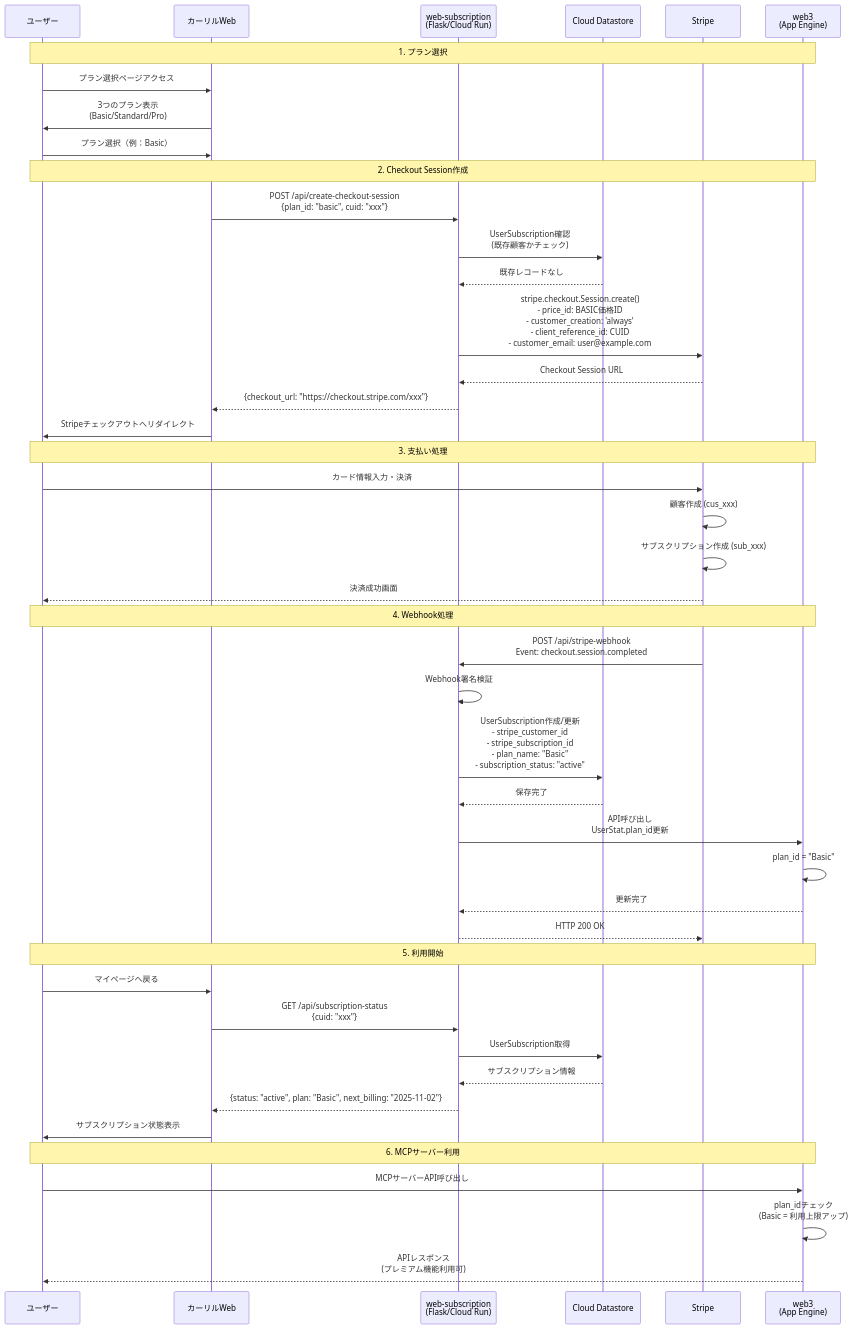
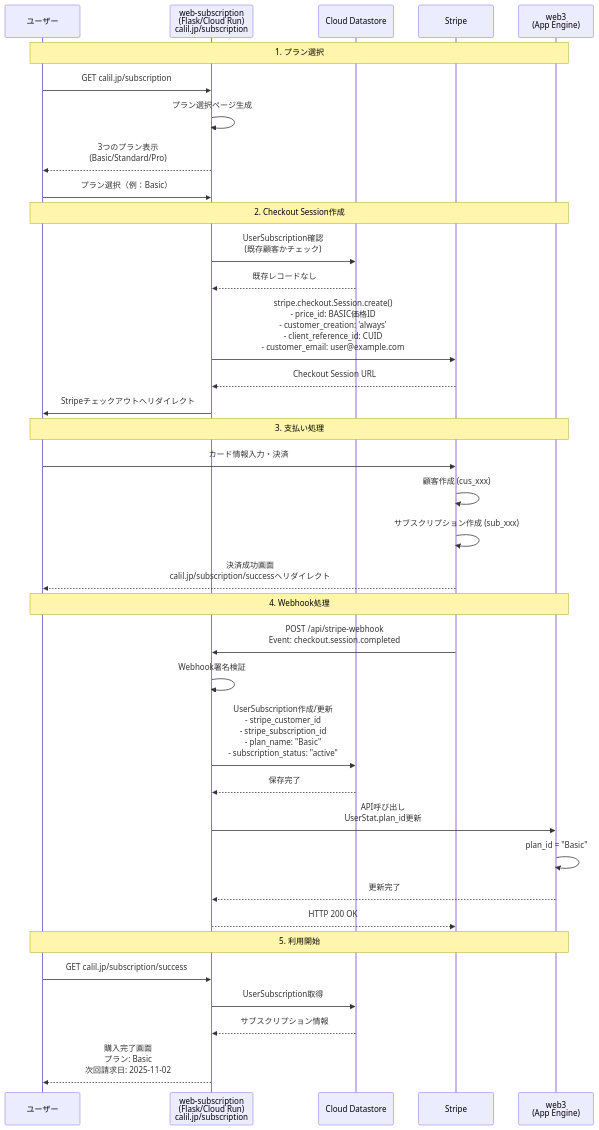
Before and after one commit to CALIL/web-subscription: the diagram in Claude.md, drawn with Mermaid. The commit also changed other lines of this file, not shown here.

Commit message:
feat: 購入フローの詳細を更新
- プラン選択ページの表示方法を明確化
- Checkout Session作成時のリダイレクト先を修正
- 購入完了画面の表示内容を更新
- フロー補足説明を整理し、Webhook処理と利用開始の流れを明確化

````diff
--- a/Claude.md
+++ b/Claude.md
@@ -143,54 +143,45 @@
 ```mermaid
 sequenceDiagram
     participant U as ユーザー
-    participant W as カーリルWeb
-    participant S as web-subscription<br/>(Flask/Cloud Run)
+    participant S as web-subscription<br/>(Flask/Cloud Run)<br/>calil.jp/subscription
     participant DS as Cloud Datastore
     participant ST as Stripe
     participant W3 as web3<br/>(App Engine)
 
     Note over U,W3: 1. プラン選択
-    U->>W: プラン選択ページアクセス
-    W->>U: 3つのプラン表示<br/>(Basic/Standard/Pro)
-    U->>W: プラン選択（例：Basic）
+    U->>S: GET calil.jp/subscription
+    S->>S: プラン選択ページ生成
+    S-->>U: 3つのプラン表示<br/>(Basic/Standard/Pro)
+    U->>S: プラン選択（例：Basic）
 
     Note over U,W3: 2. Checkout Session作成
-    W->>S: POST /api/create-checkout-session<br/>{plan_id: "basic", cuid: "xxx"}
     S->>DS: UserSubscription確認<br/>(既存顧客かチェック)
     DS-->>S: 既存レコードなし
 
     S->>ST: stripe.checkout.Session.create()<br/>- price_id: BASIC価格ID<br/>- customer_creation: 'always'<br/>- client_reference_id: CUID<br/>- customer_email: user@example.com
     ST-->>S: Checkout Session URL
-    S-->>W: {checkout_url: "https://checkout.stripe.com/xxx"}
-    W->>U: Stripeチェックアウトへリダイレクト
+    S->>U: Stripeチェックアウトへリダイレクト
 
     Note over U,W3: 3. 支払い処理
     U->>ST: カード情報入力・決済
     ST->>ST: 顧客作成 (cus_xxx)
     ST->>ST: サブスクリプション作成 (sub_xxx)
-    ST-->>U: 決済成功画面
+    ST-->>U: 決済成功画面<br/>calil.jp/subscription/successへリダイレクト
 
     Note over U,W3: 4. Webhook処理
     ST->>S: POST /api/stripe-webhook<br/>Event: checkout.session.completed
     S->>S: Webhook署名検証
     S->>DS: UserSubscription作成/更新<br/>- stripe_customer_id<br/>- stripe_subscription_id<br/>- plan_name: "Basic"<br/>- subscription_status: "active"
     DS-->>S: 保存完了
 
     S->>W3: API呼び出し<br/>UserStat.plan_id更新
     W3->>W3: plan_id = "Basic"
     W3-->>S: 更新完了
     S-->>ST: HTTP 200 OK
 
     Note over U,W3: 5. 利用開始
-    U->>W: マイページへ戻る
-    W->>S: GET /api/subscription-status<br/>{cuid: "xxx"}
+    U->>S: GET calil.jp/subscription/success
     S->>DS: UserSubscription取得
     DS-->>S: サブスクリプション情報
-    S-->>W: {status: "active", plan: "Basic", next_billing: "2025-11-02"}
-    W->>U: サブスクリプション状態表示
-
-    Note over U,W3: 6. MCPサーバー利用
-    U->>W3: MCPサーバーAPI呼び出し
-    W3->>W3: plan_idチェック<br/>(Basic = 利用上限アップ)
-    W3-->>U: APIレスポンス<br/>(プレミアム機能利用可)
+    S-->>U: 購入完了画面<br/>プラン: Basic<br/>次回請求日: 2025-11-02
 ```
````
